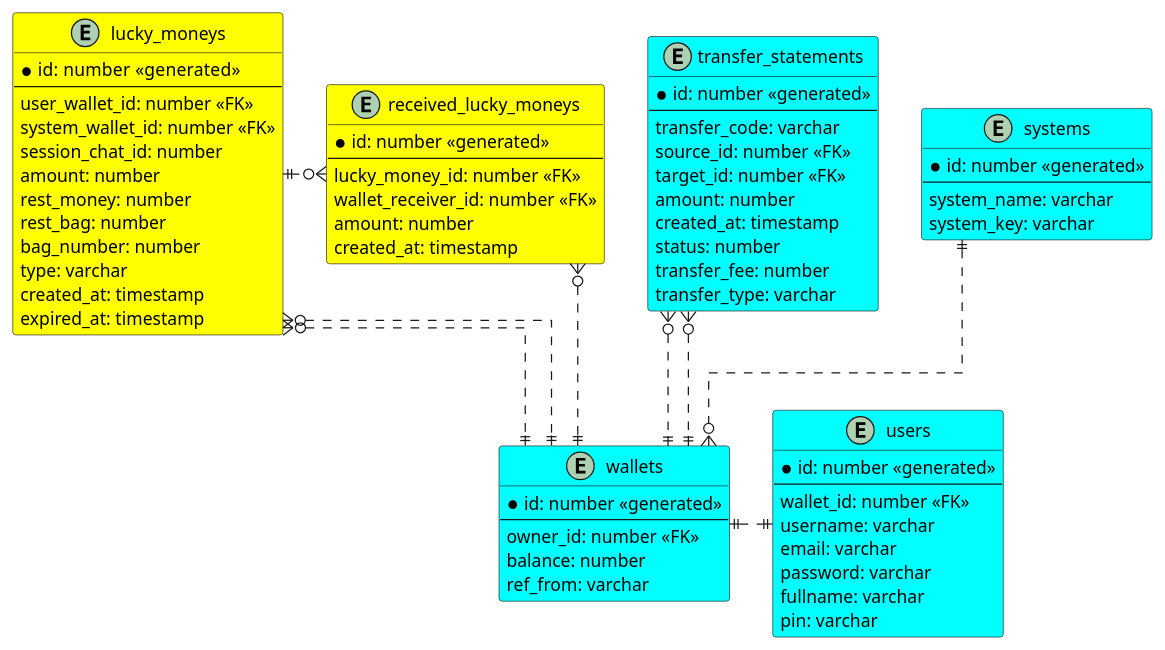
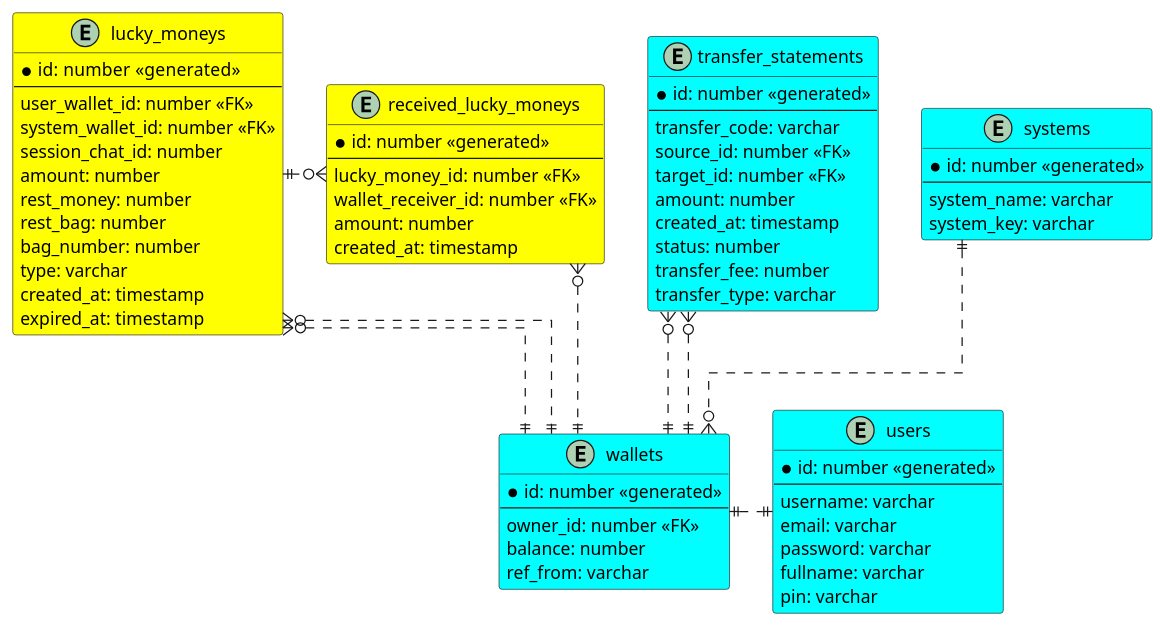
One commit to ntan1902/hey-app changed the diagram in documents/uml/system design/database_diagram.puml. Above: the diagram before and after it, drawn with PlantUML. The commit also changed 18 other files, not shown here.

```diff
--- a/documents/uml/system design/database_diagram.puml
+++ b/documents/uml/system design/database_diagram.puml
@@ -2,101 +2,100 @@
 @startuml
 
 ' hide the spot
 ' hide circle
 
 ' avoid problems with angled crows feet
 skinparam linetype ortho
 
 entity "users" as users #Aqua{
     *id: number <<generated>>
     --
-    wallet_id: number <<FK>>
     username: varchar
     email: varchar
     password: varchar
     fullname: varchar
     pin: varchar
 }
 
 ' LuckyMoney Service: 
 ' - service_name: LuckyMoney
 ' - service_key: 
 ' ----> Request Auth Service -> JWToken Service 
 ' LuckyMoney vS Payment 
 ' LuckyMoney ----> Request Auth Service -> JWToken Service
 ' LuckyMoney dùng JWToken vừa có để request danh sách  wallets của nó
 ' sử dụng list wallets này ntn thì tuỳ nó 
 
 ' LuckyMoney request lên payment chuyển tiền. Tới... với cái
 ' wallet id nào của nó  
 
 entity "systems" #Aqua{
     *id: number <<generated>>
     --
     system_name: varchar
     system_key: varchar
 }
 
 
 entity "wallets" as wallets #Aqua{
     *id: number <<generated>>
     --
     owner_id: number <<FK>>
     balance: number    
     ref_from: varchar
 }
 
 entity "transfer_statements" as transfer_statements #Aqua {
     *id: number <<generated>>
     --
     transfer_code: varchar
     source_id: number <<FK>>
     target_id: number <<FK>>
     amount: number
     created_at: timestamp
     status: number
     transfer_fee: number
     transfer_type: varchar
 }
 
 entity "lucky_moneys" as lucky_moneys #Yellow{
     *id: number  <<generated>>
     --
     user_wallet_id: number <<FK>>
     system_wallet_id: number <<FK>>
     session_chat_id: number
     amount: number
     rest_money: number
     rest_bag: number
     bag_number: number
     type: varchar
     created_at: timestamp
     expired_at: timestamp
 }
 
 entity "received_lucky_moneys" as received_luckey_moneys #Yellow{
     *id: number <<generated>>
     --
     lucky_money_id: number <<FK>>
     wallet_receiver_id: number <<FK>>
     amount: number
     created_at: timestamp
 }
 
 wallets ||.up.o{ transfer_statements
 wallets ||.up.o{ transfer_statements
 
 wallets ||.up.o{ lucky_moneys
 wallets ||.up.o{ lucky_moneys
 
 wallets ||.up.o{ received_luckey_moneys
 
 users ||.left.|| wallets
 
 systems ||..o{ wallets
 
 
 lucky_moneys ||.right.o{ received_luckey_moneys
 
 
 @enduml
```
